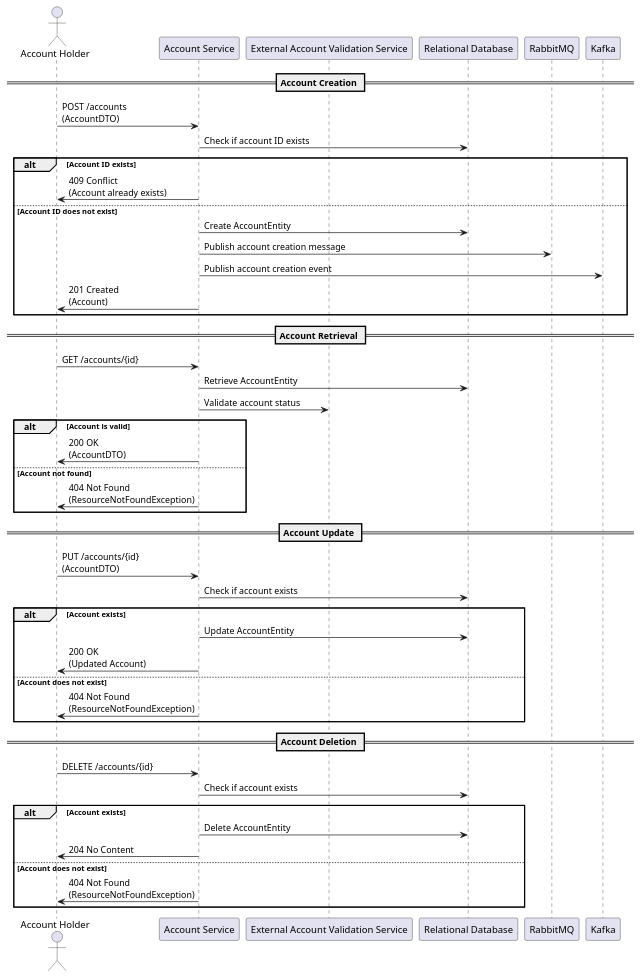
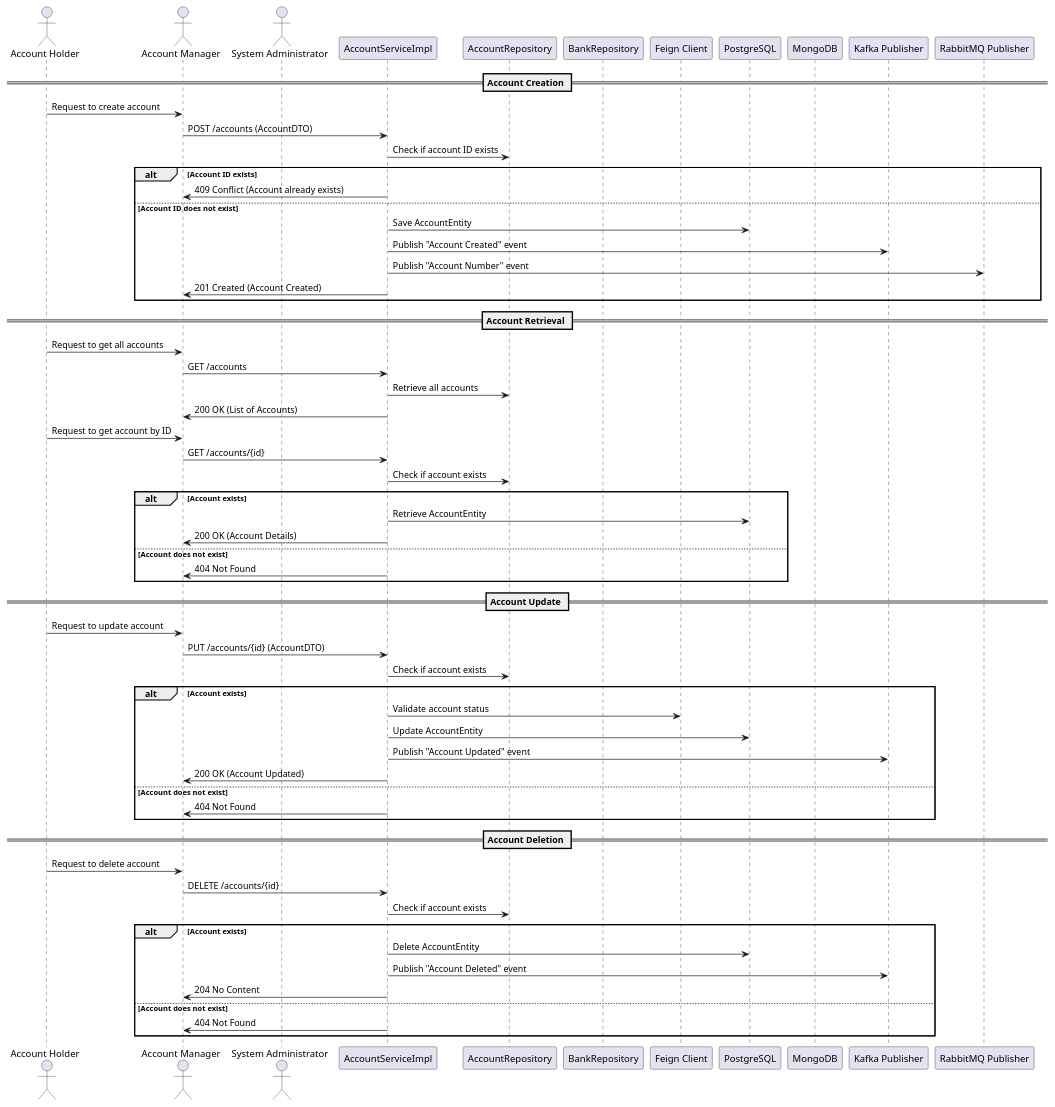
One commit to Bhaskar-Pavan/AccountService changed the diagram in design_document/Account_Service.md. Above: the diagram before and after it, drawn with PlantUML. The commit also changed other lines of this file, not shown here.

````diff
--- a/design_document/Account_Service.md
+++ b/design_document/Account_Service.md
@@ -47,53 +37,70 @@
 ```plantuml
 @startuml
 actor "Account Holder" as AH
-participant "Account Service" as AS
-participant "External Account Validation Service" as EAVS
-participant "Relational Database" as RDB
-participant "RabbitMQ" as RMQ
-participant "Kafka" as KAFKA
+actor "Account Manager" as AM
+actor "System Administrator" as SA
+participant "AccountServiceImpl" as AS
+participant "AccountRepository" as AR
+participant "BankRepository" as BR
+participant "Feign Client" as FC
+participant "PostgreSQL" as PG
+participant "MongoDB" as MG
+participant "Kafka Publisher" as KP
+participant "RabbitMQ Publisher" as RP
 
 == Account Creation ==
-AH -> AS: POST /accounts\n(AccountDTO)
-AS -> RDB: Check if account ID exists
+AH -> AM : Request to create account
+AM -> AS : POST /accounts (AccountDTO)
+AS -> AR : Check if account ID exists
 alt Account ID exists
-    AS -> AH: 409 Conflict\n(Account already exists)
+    AS -> AM : 409 Conflict (Account already exists)
 else Account ID does not exist
-    AS -> RDB: Create AccountEntity
-    AS -> RMQ: Publish account creation message
-    AS -> KAFKA: Publish account creation event
-    AS -> AH: 201 Created\n(Account)
+    AS -> PG : Save AccountEntity
+    AS -> KP : Publish "Account Created" event
+    AS -> RP : Publish "Account Number" event
+    AS -> AM : 201 Created (Account Created)
 end
 
 == Account Retrieval ==
-AH -> AS: GET /accounts/{id}
-AS -> RDB: Retrieve AccountEntity
-AS -> EAVS: Validate account status
-alt Account is valid
-    AS -> AH: 200 OK\n(AccountDTO)
-else Account not found
-    AS -> AH: 404 Not Found\n(ResourceNotFoundException)
+AH -> AM : Request to get all accounts
+AM -> AS : GET /accounts
+AS -> AR : Retrieve all accounts
+AS -> AM : 200 OK (List of Accounts)
+
+AH -> AM : Request to get account by ID
+AM -> AS : GET /accounts/{id}
+AS -> AR : Check if account exists
+alt Account exists
+    AS -> PG : Retrieve AccountEntity
+    AS -> AM : 200 OK (Account Details)
+else Account does not exist
+    AS -> AM : 404 Not Found
 end
 
 == Account Update ==
-AH -> AS: PUT /accounts/{id}\n(AccountDTO)
-AS -> RDB: Check if account exists
+AH -> AM : Request to update account
+AM -> AS : PUT /accounts/{id} (AccountDTO)
+AS -> AR : Check if account exists
 alt Account exists
-    AS -> RDB: Update AccountEntity
-    AS -> AH: 200 OK\n(Updated Account)
+    AS -> FC : Validate account status
+    AS -> PG : Update AccountEntity
+    AS -> KP : Publish "Account Updated" event
+    AS -> AM : 200 OK (Account Updated)
 else Account does not exist
-    AS -> AH: 404 Not Found\n(ResourceNotFoundException)
+    AS -> AM : 404 Not Found
 end
 
 == Account Deletion ==
-AH -> AS: DELETE /accounts/{id}
-AS -> RDB: Check if account exists
+AH -> AM : Request to delete account
+AM -> AS : DELETE /accounts/{id}
+AS -> AR : Check if account exists
 alt Account exists
-    AS -> RDB: Delete AccountEntity
-    AS -> AH: 204 No Content
+    AS -> PG : Delete AccountEntity
+    AS -> KP : Publish "Account Deleted" event
+    AS -> AM : 204 No Content
 else Account does not exist
-    AS -> AH: 404 Not Found\n(ResourceNotFoundException)
+    AS -> AM : 404 Not Found
 end
 
 @enduml
 ```
````
